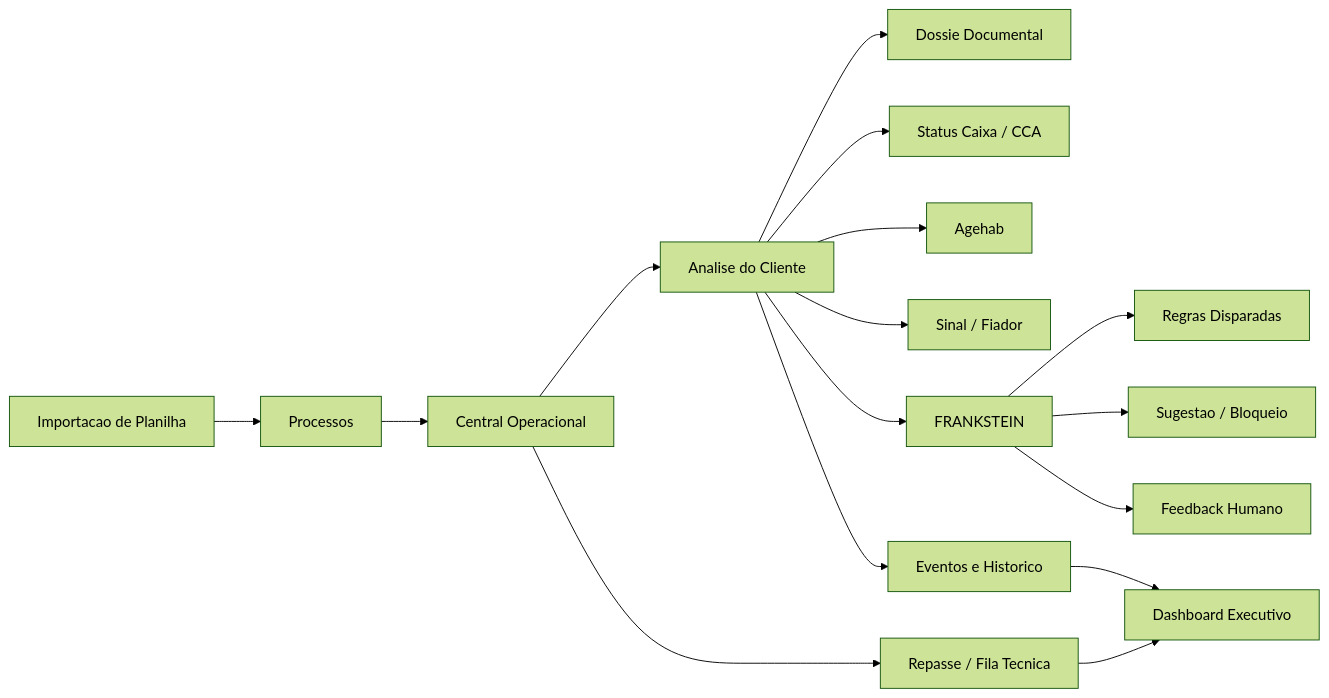
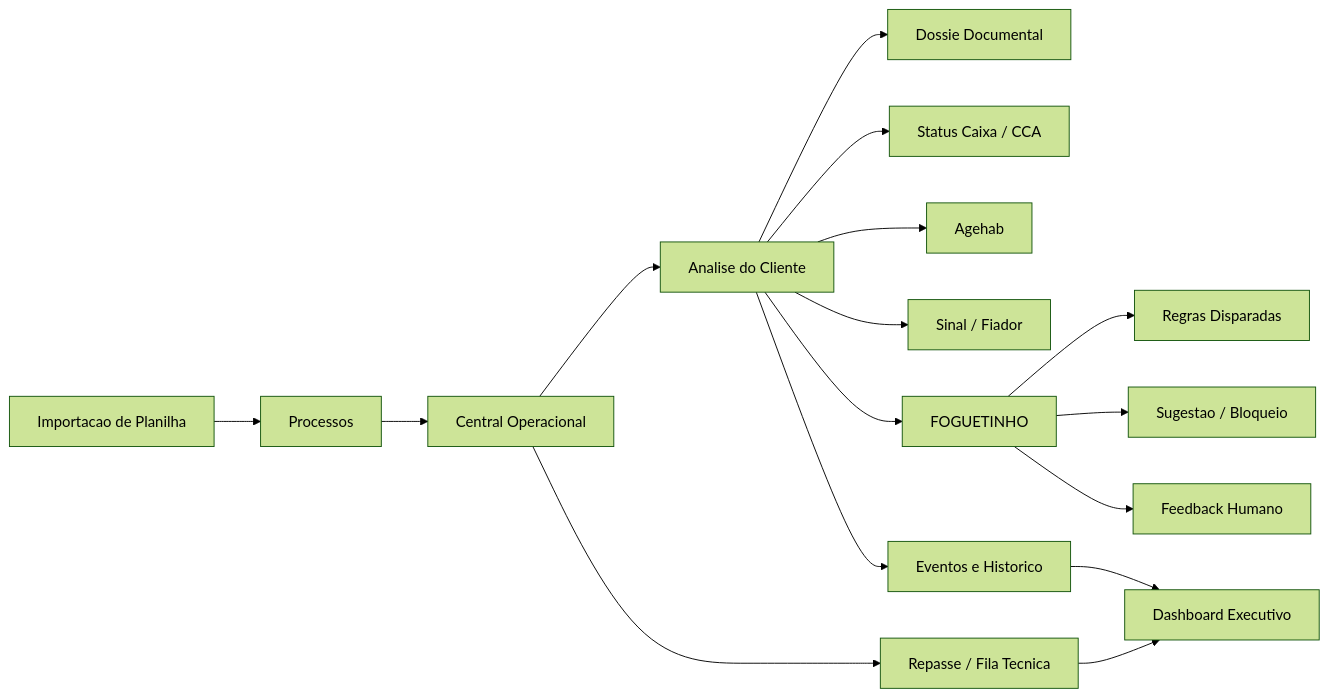
The first of 2 diagrams in docs/projeto_execucao_final_siocred.md (catsandygo-design/MAQ2-CREDITO), drawn with Mermaid (forest theme) before and after one commit. The commit also changed other lines of this file and 28 other files, not shown here.

````diff
--- a/docs/projeto_execucao_final_siocred.md
+++ b/docs/projeto_execucao_final_siocred.md
@@ -43,18 +43,18 @@
 ```mermaid
 flowchart LR
     A["Importacao de Planilha"] --> B["Processos"]
     B --> C["Central Operacional"]
     C --> D["Analise do Cliente"]
     D --> E["Dossie Documental"]
     D --> F["Status Caixa / CCA"]
     D --> G["Agehab"]
     D --> H["Sinal / Fiador"]
-    D --> I["FRANKSTEIN"]
+    D --> I["FOGUETINHO"]
     I --> J["Regras Disparadas"]
     I --> K["Sugestao / Bloqueio"]
     I --> L["Feedback Humano"]
     D --> M["Eventos e Historico"]
     M --> N["Dashboard Executivo"]
     C --> O["Repasse / Fila Tecnica"]
     O --> N
 ```
````
